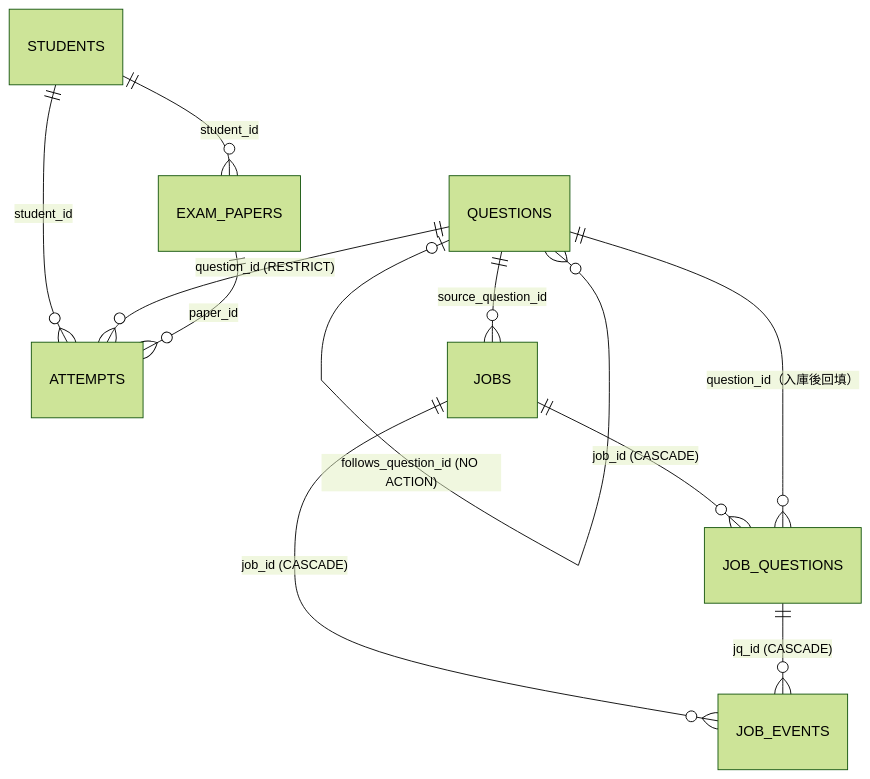
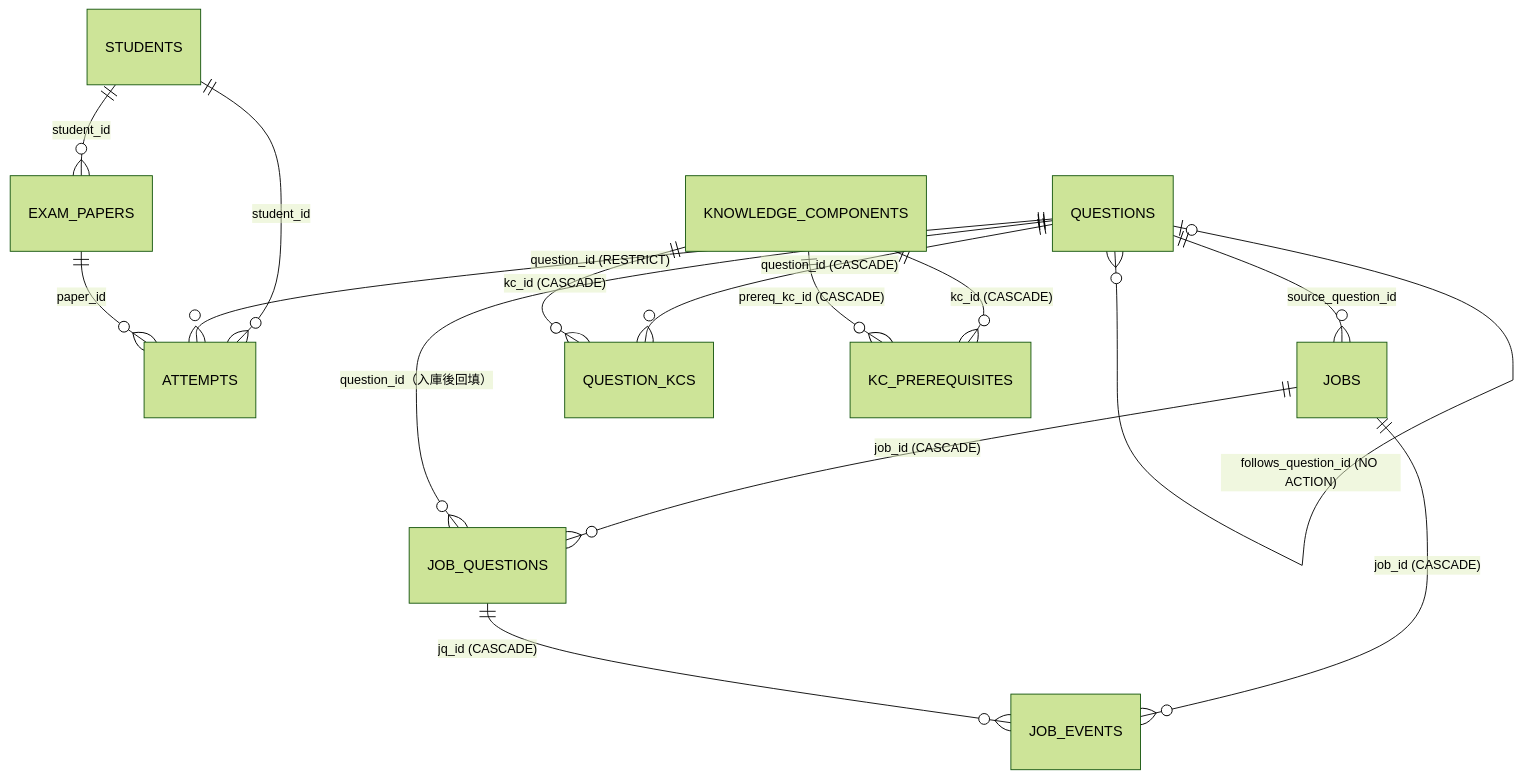
One commit to Tom-Yang-Ben/tutor-exam-bank changed the diagram in engineering_docs/04_design/db_design.md. Above: the diagram before and after it, drawn with Mermaid (forest theme). The commit also changed other lines of this file and 26 other files, not shown here.

````diff
--- a/engineering_docs/04_design/db_design.md
+++ b/engineering_docs/04_design/db_design.md
@@ -28,14 +29,18 @@
 ```mermaid
 erDiagram
     STUDENTS ||--o{ EXAM_PAPERS : "student_id"
     STUDENTS ||--o{ ATTEMPTS : "student_id"
     QUESTIONS ||--o{ ATTEMPTS : "question_id (RESTRICT)"
     EXAM_PAPERS ||--o{ ATTEMPTS : "paper_id"
     QUESTIONS ||--o{ QUESTIONS : "variant_of (SET NULL)"
     QUESTIONS |o--o{ QUESTIONS : "follows_question_id (NO ACTION)"
     QUESTIONS ||--o{ JOBS : "source_question_id"
     JOBS ||--o{ JOB_QUESTIONS : "job_id (CASCADE)"
     JOBS ||--o{ JOB_EVENTS : "job_id (CASCADE)"
     JOB_QUESTIONS ||--o{ JOB_EVENTS : "jq_id (CASCADE)"
     JOB_QUESTIONS }o--|| QUESTIONS : "question_id（入庫後回填）"
+    QUESTIONS ||--o{ QUESTION_KCS : "question_id (CASCADE)"
+    KNOWLEDGE_COMPONENTS ||--o{ QUESTION_KCS : "kc_id (CASCADE)"
+    KNOWLEDGE_COMPONENTS ||--o{ KC_PREREQUISITES : "kc_id (CASCADE)"
+    KNOWLEDGE_COMPONENTS ||--o{ KC_PREREQUISITES : "prereq_kc_id (CASCADE)"
 ```
````
